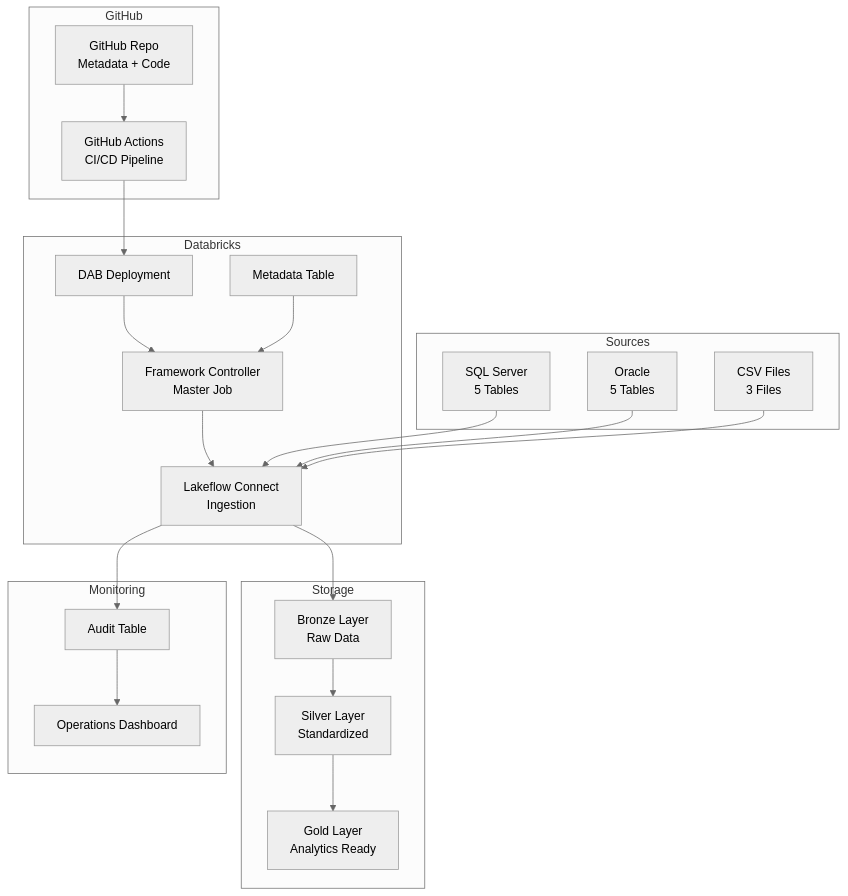
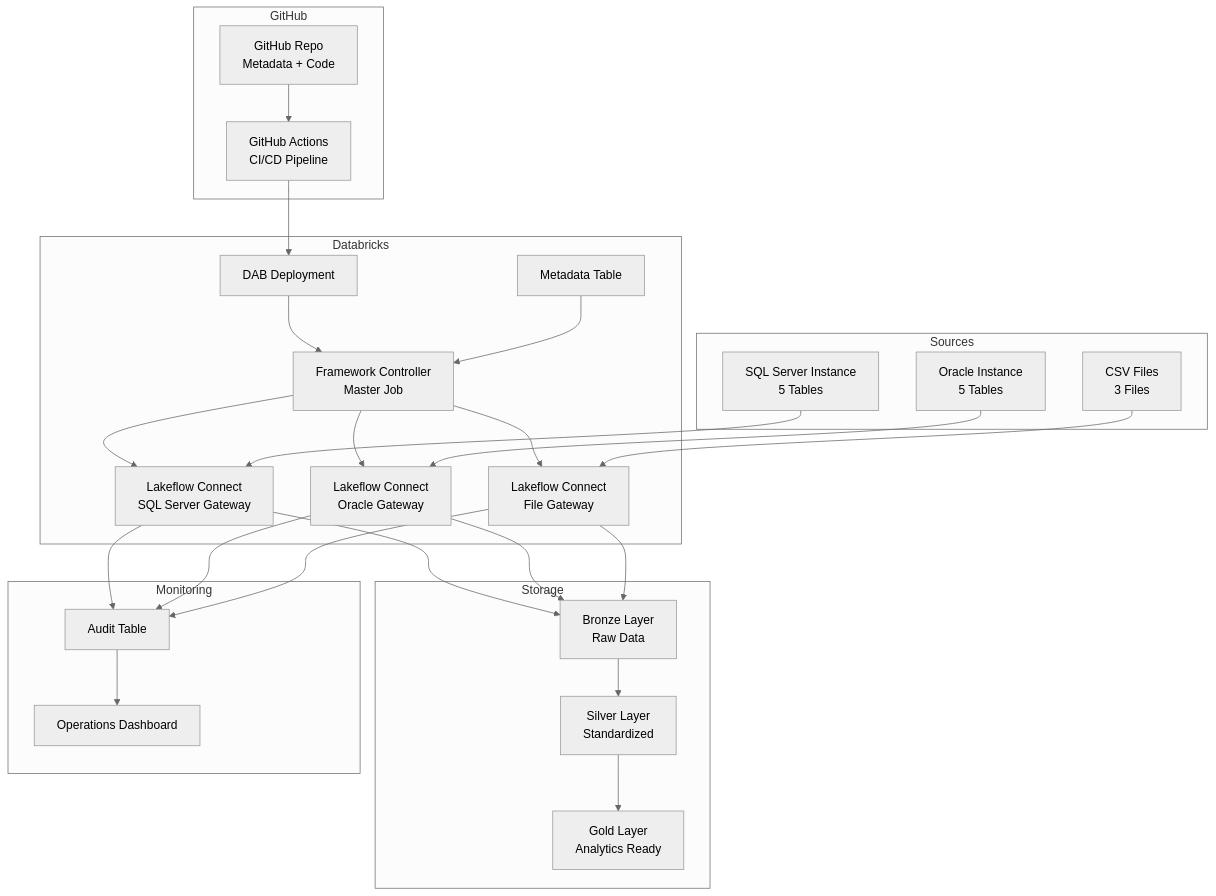
The third of 3 diagrams in docs/metadata-driven-architecture.md (sharnavsengupta/lakeflow-connect-ingestion-poc), drawn with Mermaid (neutral theme) before and after one commit. The commit also changed other lines of this file, not shown here.

Commit message:
Add gateway pattern section explaining one connection per database instance shared by multiple tables

````diff
--- a/docs/metadata-driven-architecture.md
+++ b/docs/metadata-driven-architecture.md
@@ -780,45 +912,53 @@
 ```mermaid
 flowchart TD
     subgraph GitHub
         A[GitHub Repo<br/>Metadata + Code]
         B[GitHub Actions<br/>CI/CD Pipeline]
     end
     
     subgraph Databricks
         C[DAB Deployment]
         D[Framework Controller<br/>Master Job]
         E[Metadata Table]
-        F[Lakeflow Connect<br/>Ingestion]
+        F1[Lakeflow Connect<br/>SQL Server Gateway]
+        F2[Lakeflow Connect<br/>Oracle Gateway]
+        F3[Lakeflow Connect<br/>File Gateway]
     end
     
     subgraph Sources
-        G1[SQL Server<br/>5 Tables]
-        G2[Oracle<br/>5 Tables]
+        G1[SQL Server Instance<br/>5 Tables]
+        G2[Oracle Instance<br/>5 Tables]
         G3[CSV Files<br/>3 Files]
     end
     
     subgraph Storage
         H[Bronze Layer<br/>Raw Data]
         I[Silver Layer<br/>Standardized]
         J[Gold Layer<br/>Analytics Ready]
     end
     
     subgraph Monitoring
         K[Audit Table]
         L[Operations Dashboard]
     end
     
     A --> B
     B --> C
     C --> D
     E --> D
-    D --> F
-    G1 --> F
-    G2 --> F
-    G3 --> F
-    F --> H
+    D --> F1
+    D --> F2
+    D --> F3
+    G1 --> F1
+    G2 --> F2
+    G3 --> F3
+    F1 --> H
+    F2 --> H
+    F3 --> H
     H --> I
     I --> J
     K --> L
-    F --> K
+    F1 --> K
+    F2 --> K
+    F3 --> K
 ```
````
